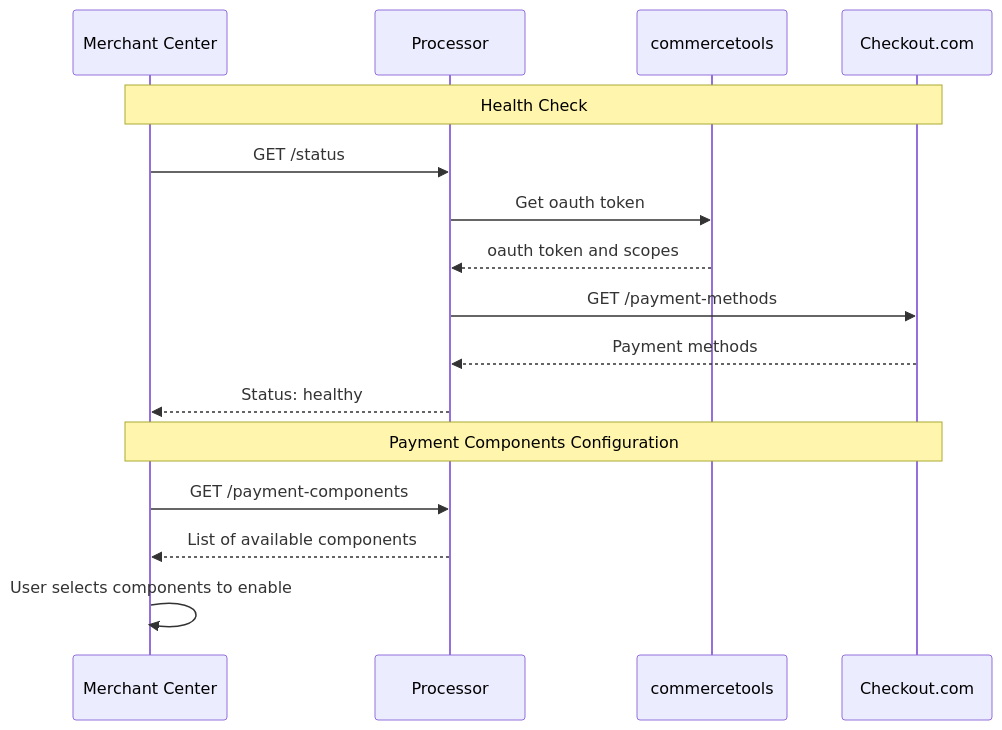
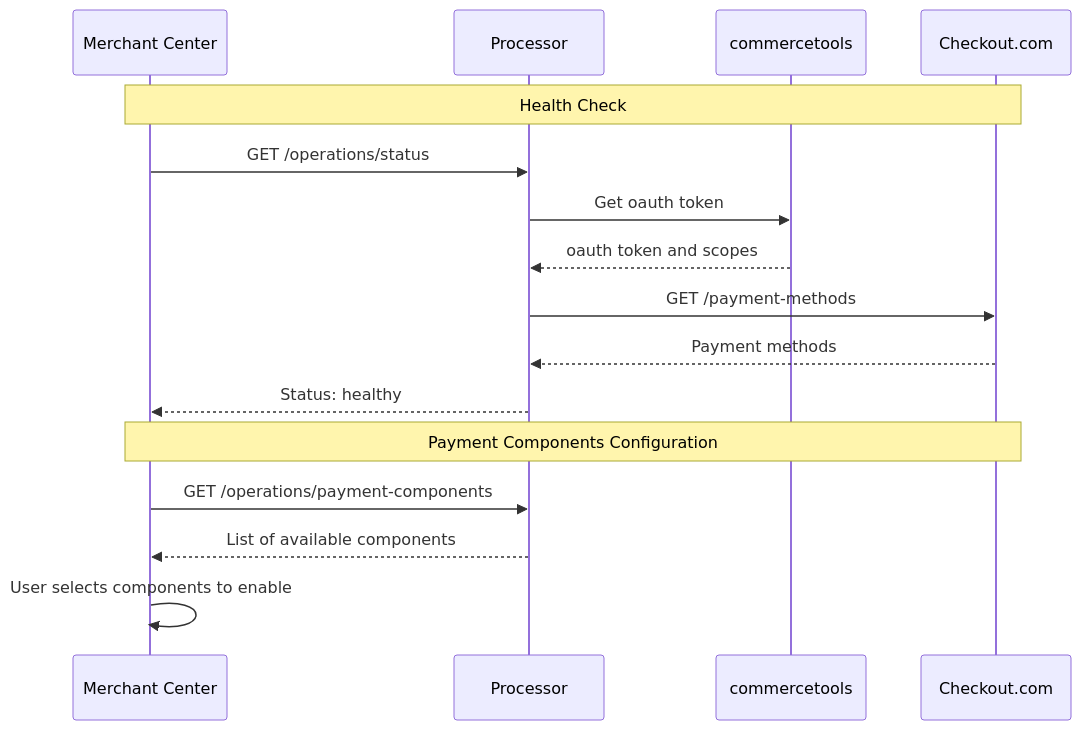
Before and after one commit to commercetools/connect-payment-integration-cko: the fifth of 5 diagrams in README.md, drawn with Mermaid. The commit also changed other lines of this file and 132 other files, not shown here.

````diff
--- a/README.md
+++ b/README.md
@@ -225,20 +227,20 @@
 ```mermaid
 sequenceDiagram
     participant MC as Merchant Center
     participant Processor
     participant CT as commercetools
     participant CKO as Checkout.com
 
     Note over MC,CKO: Health Check
-    MC->>Processor: GET /status
+    MC->>Processor: GET /operations/status
     Processor->>CT: Get oauth token
     CT-->>Processor: oauth token and scopes
     Processor->>CKO: GET /payment-methods
     CKO-->>Processor: Payment methods
     Processor-->>MC: Status: healthy
 
     Note over MC,CKO: Payment Components Configuration
-    MC->>Processor: GET /payment-components
+    MC->>Processor: GET /operations/payment-components
     Processor-->>MC: List of available components
     MC->>MC: User selects components to enable
 ```
````
